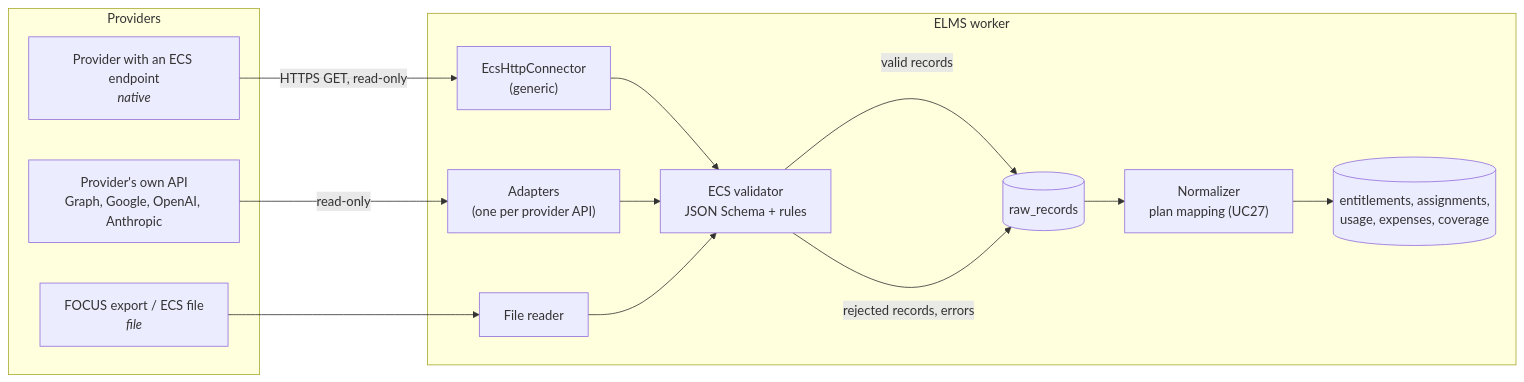
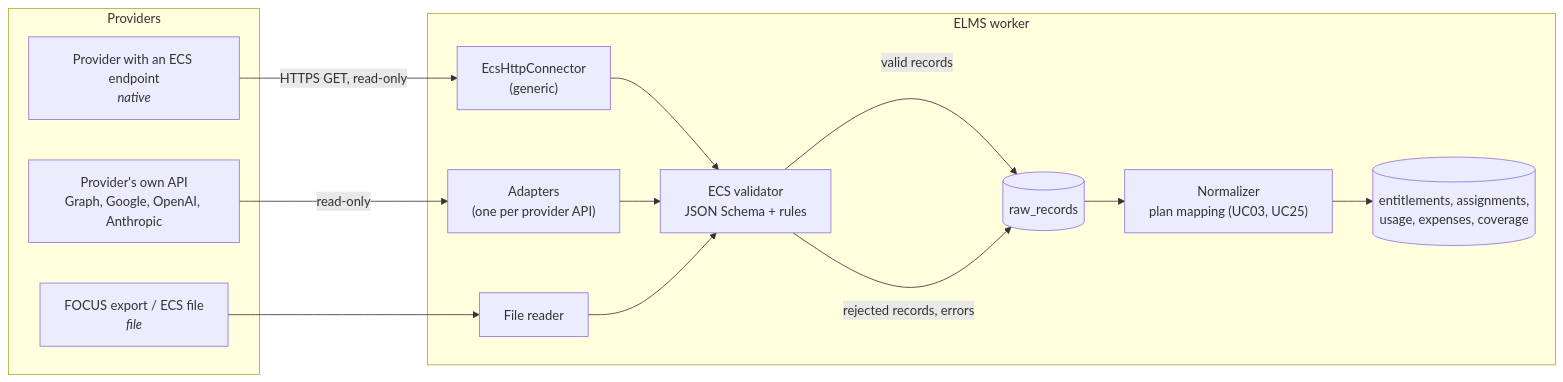
The diagram in docs/06-connector-standard.md (cuonglpv/VFast), drawn with Mermaid before and after one commit. The commit also changed other lines of this file and 13 other files, not shown here.

````diff
--- a/docs/06-connector-standard.md
+++ b/docs/06-connector-standard.md
@@ -89,25 +89,25 @@
 ```mermaid
 flowchart LR
     subgraph sources["Providers"]
         n["Provider with an ECS endpoint<br/><i>native</i>"]
         a["Provider's own API<br/>Graph, Google, OpenAI, Anthropic"]
         f["FOCUS export / ECS file<br/><i>file</i>"]
     end
     subgraph elms["ELMS worker"]
         g["EcsHttpConnector<br/>(generic)"]
         ad["Adapters<br/>(one per provider API)"]
         fl["File reader"]
         v["ECS validator<br/>JSON Schema + rules"]
         raw[("raw_records")]
-        norm["Normalizer<br/>plan mapping (UC27)"]
+        norm["Normalizer<br/>plan mapping (UC03, UC25)"]
         db[("entitlements, assignments,<br/>usage, expenses, coverage")]
     end
     n -- "HTTPS GET, read-only" --> g
     a -- "read-only" --> ad
     f --> fl
     g --> v
     ad --> v
     fl --> v
     v -- "valid records" --> raw --> norm --> db
     v -- "rejected records, errors" --> raw
 ```
````
